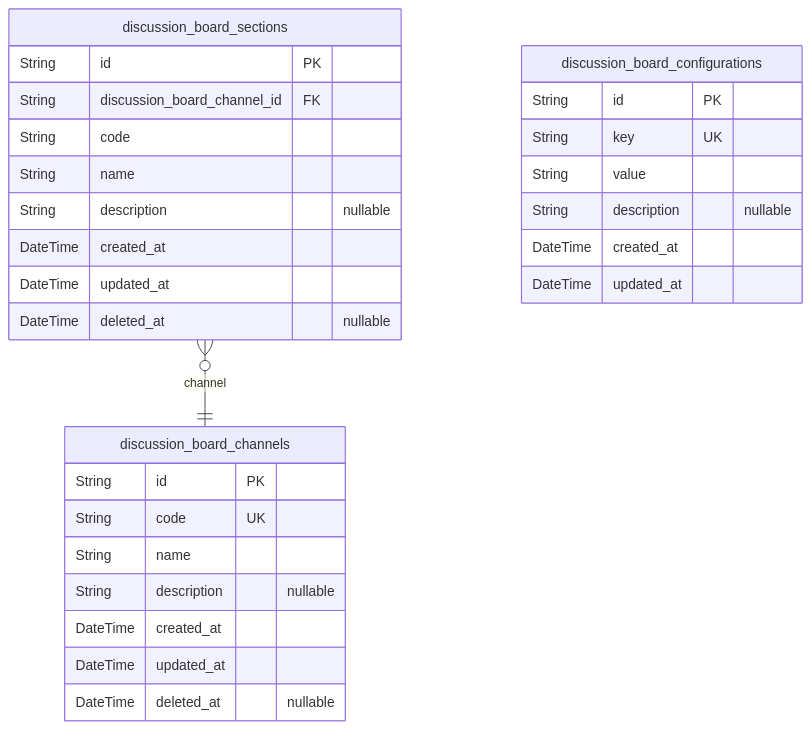
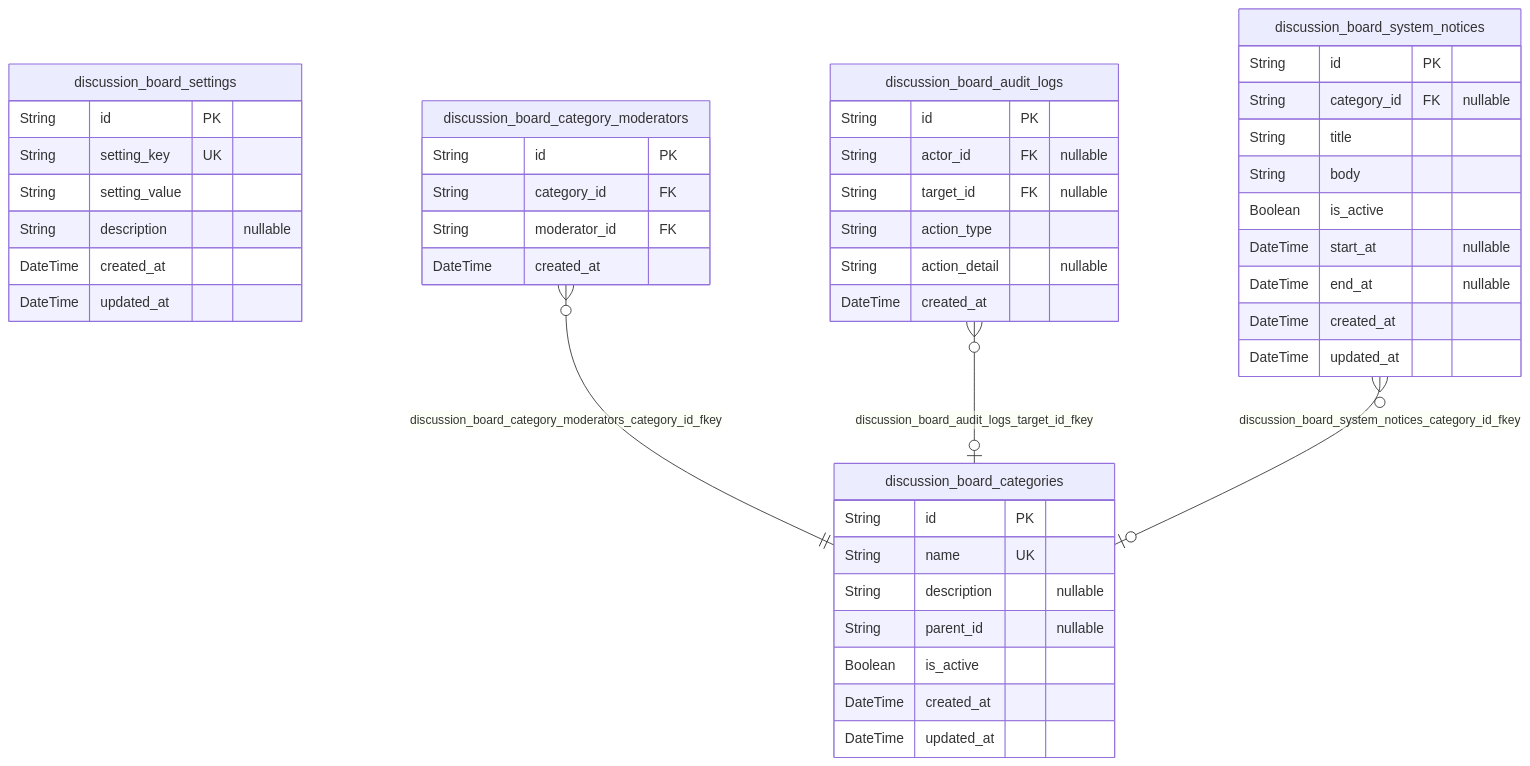
One commit to wrtnlabs/autobe-example-bbs-openai-gpt-4.1 changed the first of 8 diagrams in docs/ERD.md. Above: the diagram before and after it, drawn with Mermaid. The commit also changed other lines of this file and 1035 other files, not shown here.

````diff
--- a/docs/ERD.md
+++ b/docs/ERD.md
@@ -16,31 +16,48 @@
 ```mermaid
 erDiagram
-"discussion_board_channels" {
+"discussion_board_categories" {
   String id PK
-  String code UK
-  String name
+  String name UK
   String description "nullable"
+  String parent_id "nullable"
+  Boolean is_active
   DateTime created_at
   DateTime updated_at
-  DateTime deleted_at "nullable"
 }
-"discussion_board_sections" {
+"discussion_board_settings" {
   String id PK
-  String discussion_board_channel_id FK
-  String code
-  String name
-  String description "nullable"
-  DateTime created_at
-  DateTime updated_at
-  DateTime deleted_at "nullable"
-}
-"discussion_board_configurations" {
-  String id PK
-  String key UK
-  String value
+  String setting_key UK
+  String setting_value
   String description "nullable"
   DateTime created_at
   DateTime updated_at
 }
-"discussion_board_sections" }o--|| "discussion_board_channels" : channel
+"discussion_board_category_moderators" {
+  String id PK
+  String category_id FK
+  String moderator_id FK
+  DateTime created_at
+}
+"discussion_board_audit_logs" {
+  String id PK
+  String actor_id FK "nullable"
+  String target_id FK "nullable"
+  String action_type
+  String action_detail "nullable"
+  DateTime created_at
+}
+"discussion_board_system_notices" {
+  String id PK
+  String category_id FK "nullable"
+  String title
+  String body
+  Boolean is_active
+  DateTime start_at "nullable"
+  DateTime end_at "nullable"
+  DateTime created_at
+  DateTime updated_at
+}
+"discussion_board_category_moderators" }o--|| "discussion_board_categories" : discussion_board_category_moderators_category_id_fkey
+"discussion_board_audit_logs" }o--o| "discussion_board_categories" : discussion_board_audit_logs_target_id_fkey
+"discussion_board_system_notices" }o--o| "discussion_board_categories" : discussion_board_system_notices_category_id_fkey
 ```
````
